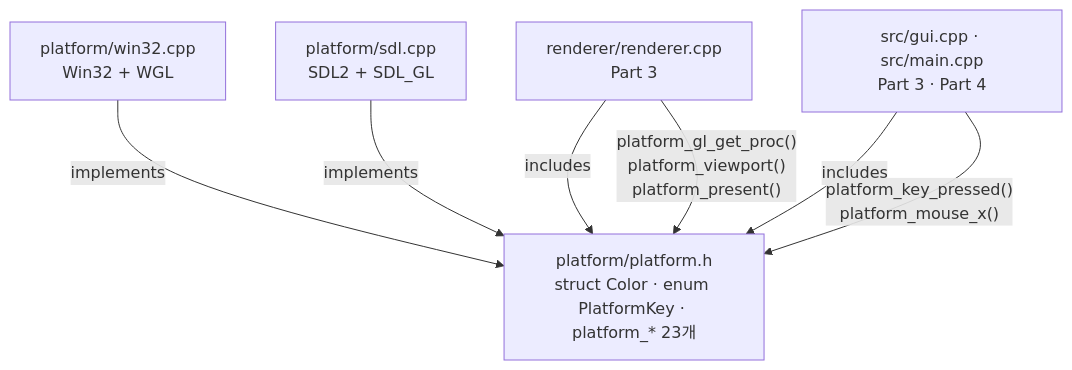
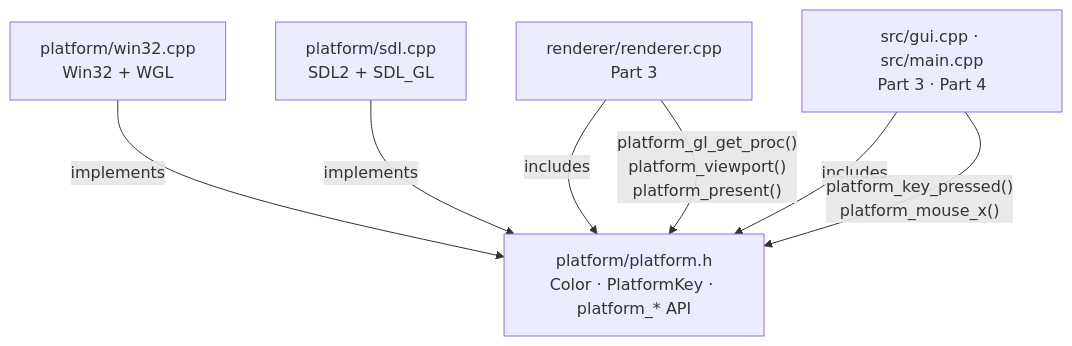
One commit to Rein-ArXiv/Tetris-Multiplayer-RL changed the second of 4 diagrams in docs/blog/part2-platform-window-input.md. Above: the diagram before and after it, drawn with Mermaid. The commit also changed other lines of this file and 39 other files, not shown here.

````diff
--- a/docs/blog/part2-platform-window-input.md
+++ b/docs/blog/part2-platform-window-input.md
@@ -51,15 +50,15 @@
 ```mermaid
 graph TB
-    H["platform/platform.h<br/>struct Color · enum PlatformKey · platform_* 23개"]
+    H["platform/platform.h<br/>Color · PlatformKey · platform_* API"]
     W["platform/win32.cpp<br/>Win32 + WGL"]
     S["platform/sdl.cpp<br/>SDL2 + SDL_GL"]
     R["renderer/renderer.cpp<br/>Part 3"]
     G["src/gui.cpp · src/main.cpp<br/>Part 3 · Part 4"]
 
     W -- implements --> H
     S -- implements --> H
     R -- includes --> H
     G -- includes --> H
     R -- "platform_gl_get_proc()<br/>platform_viewport()<br/>platform_present()" --> H
     G -- "platform_key_pressed()<br/>platform_mouse_x()" --> H
 ```
````
